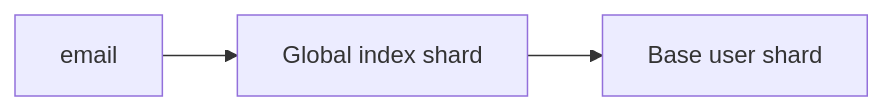
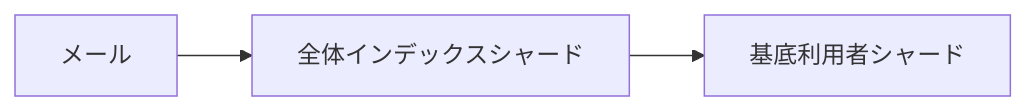
The fifth of 7 diagrams in src/content/docs/05-distributed-db/15-partitioning-sharding.md (hirunebot/database-systems-book), drawn with Mermaid before and after one commit. The commit also changed other lines of this file and 42 other files, not shown here.

````diff
--- a/src/content/docs/05-distributed-db/15-partitioning-sharding.md
+++ b/src/content/docs/05-distributed-db/15-partitioning-sharding.md
@@ -300,5 +300,5 @@
 ```mermaid
 flowchart LR
-    E["email"] --> G["Global index shard"]
-    G --> U["Base user shard"]
+    E["メール"] --> G["全体インデックスシャード"]
+    G --> U["基底利用者シャード"]
 ```
````
